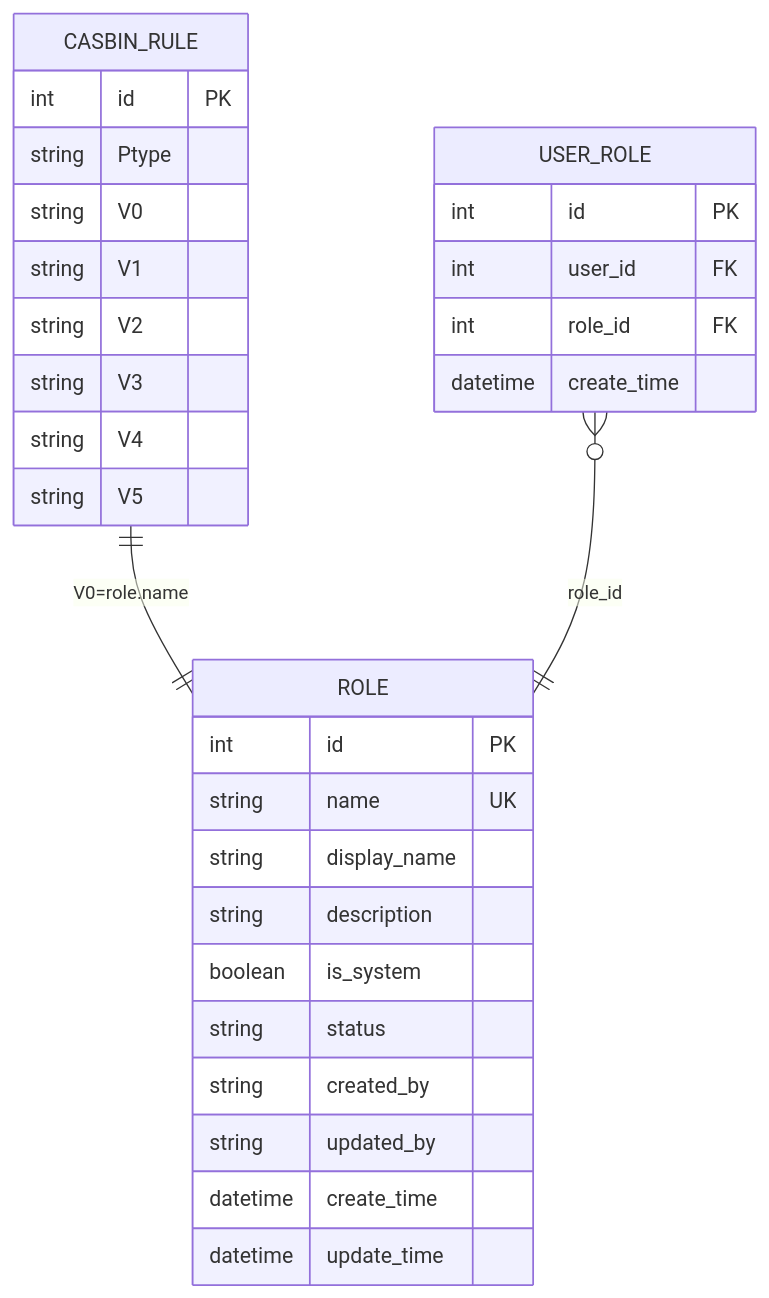
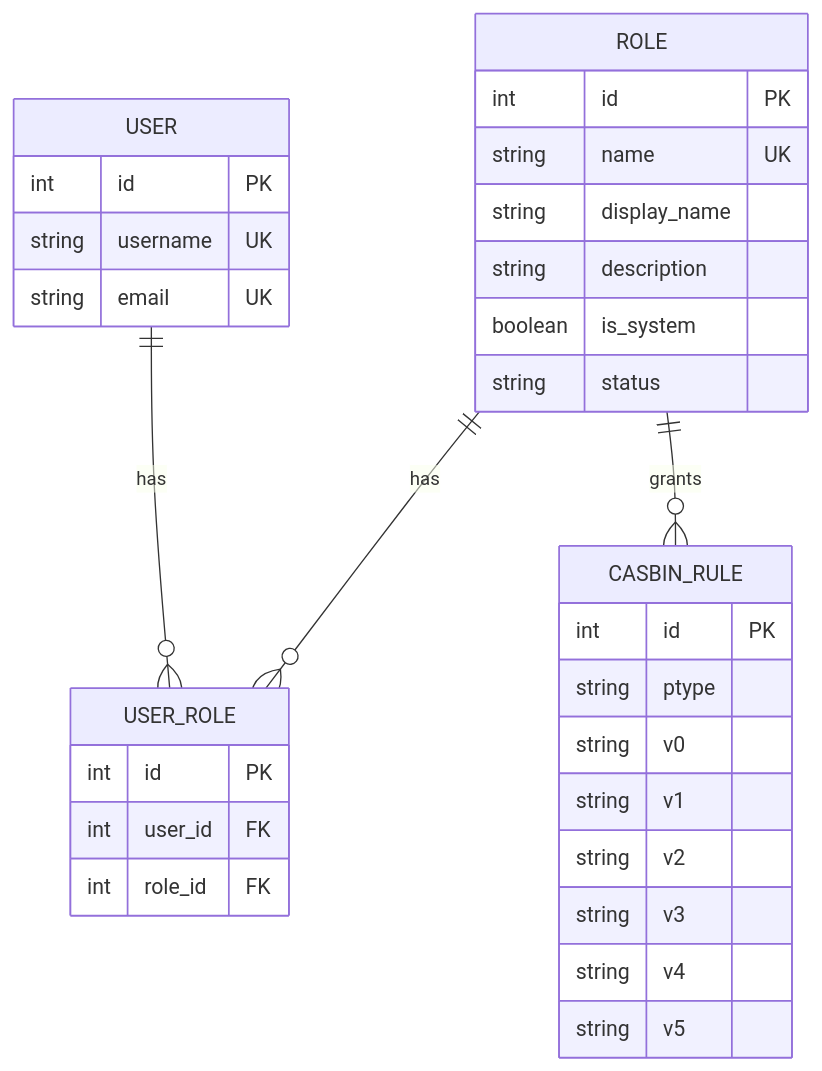
One commit to wuwuseo/e-sports-go-admin changed the fourth of 5 diagrams in .qoder/repowiki/zh/content/API接口文档/角色权限管理接口.md. Above: the diagram before and after it, drawn with Mermaid. The commit also changed other lines of this file and 141 other files, not shown here.

````diff
--- a/.qoder/repowiki/zh/content/API接口文档/角色权限管理接口.md
+++ b/.qoder/repowiki/zh/content/API接口文档/角色权限管理接口.md
@@ -285,33 +280,34 @@
 ```mermaid
 erDiagram
-CASBIN_RULE {
-int id PK
-string Ptype
-string V0
-string V1
-string V2
-string V3
-string V4
-string V5
-}
 ROLE {
 int id PK
 string name UK
 string display_name
 string description
 boolean is_system
 string status
-string created_by
-string updated_by
-datetime create_time
-datetime update_time
 }
 USER_ROLE {
 int id PK
 int user_id FK
 int role_id FK
-datetime create_time
 }
-CASBIN_RULE ||--|| ROLE : "V0=role.name"
-USER_ROLE }o--|| ROLE : "role_id"
+CASBIN_RULE {
+int id PK
+string ptype
+string v0
+string v1
+string v2
+string v3
+string v4
+string v5
+}
+USER {
+int id PK
+string username UK
+string email UK
+}
+USER ||--o{ USER_ROLE : has
+ROLE ||--o{ USER_ROLE : has
+ROLE ||--o{ CASBIN_RULE : grants
 ```
````
